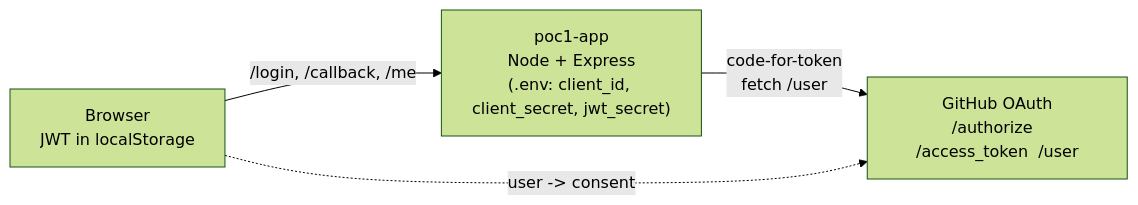
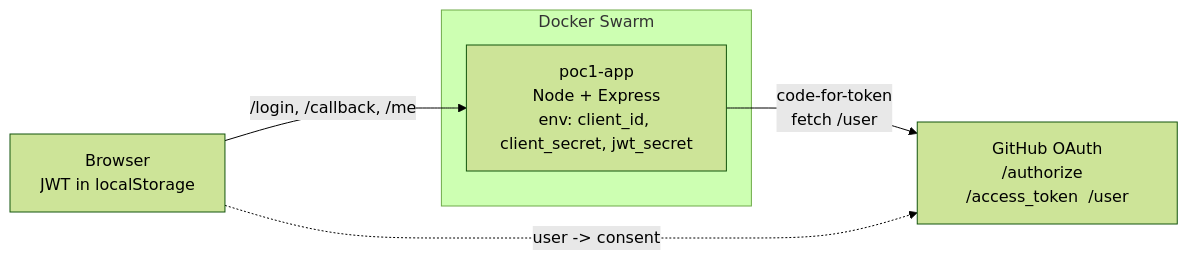
One commit to Tiebe-Vaes/ICT-arch changed the diagram in eindopdracht-ict-architecture/poc/poc-1/docs/architecture.mmd. Above: the diagram before and after it, drawn with Mermaid (forest theme). The commit also changed 6 other files, not shown here.

```diff
--- a/eindopdracht-ict-architecture/poc/poc-1/docs/architecture.mmd
+++ b/eindopdracht-ict-architecture/poc/poc-1/docs/architecture.mmd
@@ -1,8 +1,12 @@
 flowchart LR
     Browser["Browser<br/>JWT in localStorage"]
-    App["poc1-app<br/>Node + Express<br/>(.env: client_id, client_secret, jwt_secret)"]
+
+    subgraph Swarm["Docker Swarm"]
+        App["poc1-app<br/>Node + Express<br/>env: client_id, client_secret, jwt_secret"]
+    end
+
     GH["GitHub OAuth<br/>/authorize  /access_token  /user"]
 
     Browser -- "/login, /callback, /me" --> App
     App -- "code-for-token<br/>fetch /user" --> GH
     Browser -. "user -> consent" .-> GH
```
